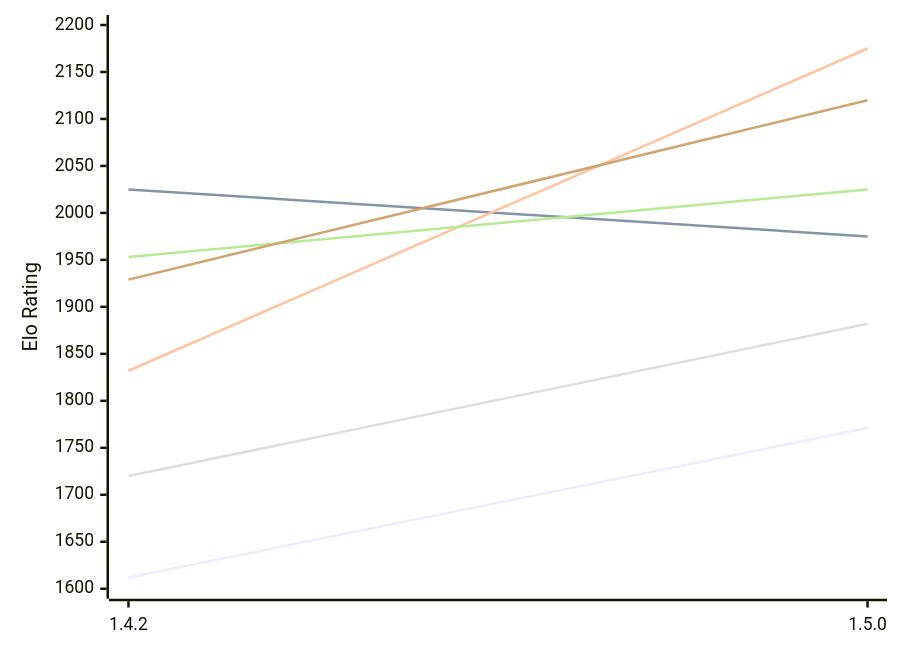
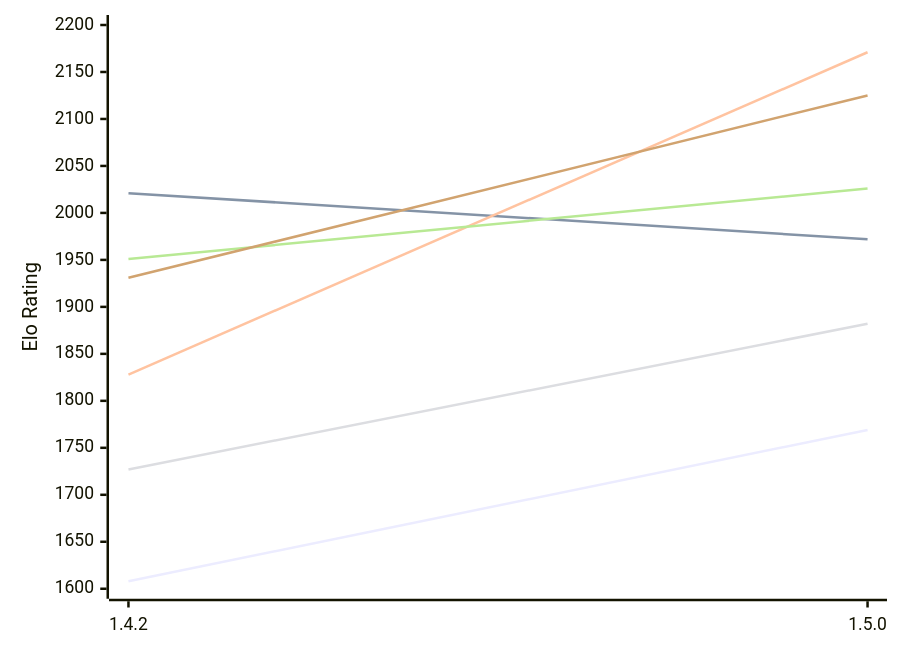
Before and after one commit to computer-chess-index/cci: the first of 2 diagrams in engines/Zeppelin.md, drawn with Mermaid. The commit also changed other lines of this file, not shown here.

Commit message:
Update CCI Ratings (ELO VLTC) - 2026-11-21

````diff
--- a/engines/Zeppelin.md
+++ b/engines/Zeppelin.md
@@ -57,12 +57,12 @@
 ```mermaid
 %%{init: {"theme":"base","themeVariables":{"seriesColors:['#a3a3a3','#222221','#faa371']}}}%%
 xychart-beta
   x-axis ["1.4.2", "1.5.0"]
   y-axis "Elo Rating" 1600 --> 2200
-  line "E1: STC (8.0+0.08s)" [1612, 1771]
-  line "E1: LTC (60.0+0.60s)" [2025, 1975]
-  line "E1: VLTC (2m24s+1.12s)" [1832, 2175]
-  line "P1: STC (8.0+0.08s)" [1720, 1882]
-  line "P1: LTC (60.0+0.60s)" [1953, 2025]
-  line "P1: VLTC (2m24s+1.12s)" [1929, 2120]
+  line "E1: STC (8.0+0.08s)" [1608, 1769]
+  line "E1: LTC (60.0+0.60s)" [2021, 1972]
+  line "E1: VLTC (2m24s+1.12s)" [1828, 2171]
+  line "P1: STC (8.0+0.08s)" [1727, 1882]
+  line "P1: LTC (60.0+0.60s)" [1951, 2026]
+  line "P1: VLTC (2m24s+1.12s)" [1931, 2125]
 ```
````
